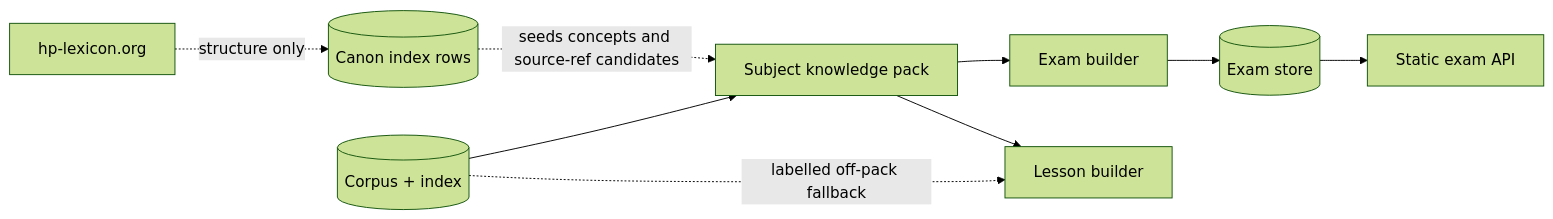
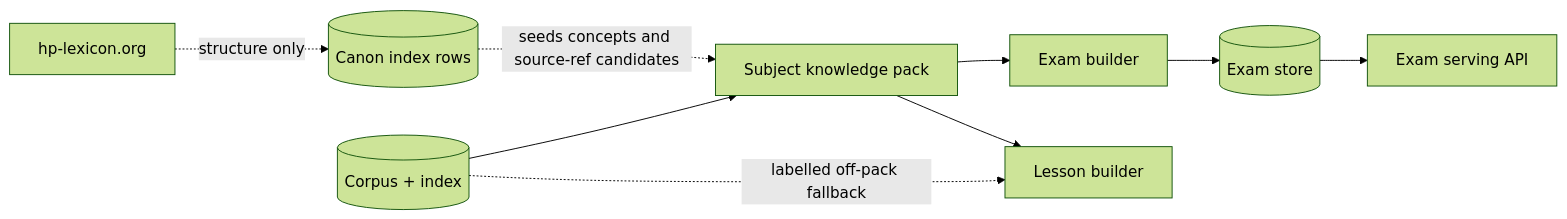
One commit to monitus2022/owl-online changed the sixth of 7 diagrams in docs/architecture.md. Above: the diagram before and after it, drawn with Mermaid (forest theme). The commit also changed other lines of this file and 22 other files, not shown here.

````diff
--- a/docs/architecture.md
+++ b/docs/architecture.md
@@ -548,11 +548,11 @@
 ```mermaid
 flowchart LR
   SITE[hp-lexicon.org] -. structure only .-> LEX[(Canon index rows)]
   CORP[(Corpus + index)] --> PACK[Subject knowledge pack]
   LEX -. seeds concepts and source-ref candidates .-> PACK
   PACK --> EXAM[Exam builder]
   PACK --> LESSON[Lesson builder]
   CORP -. labelled off-pack fallback .-> LESSON
   EXAM --> DB[(Exam store)]
-  DB --> API[Static exam API]
+  DB --> API[Exam serving API]
 ```
````
